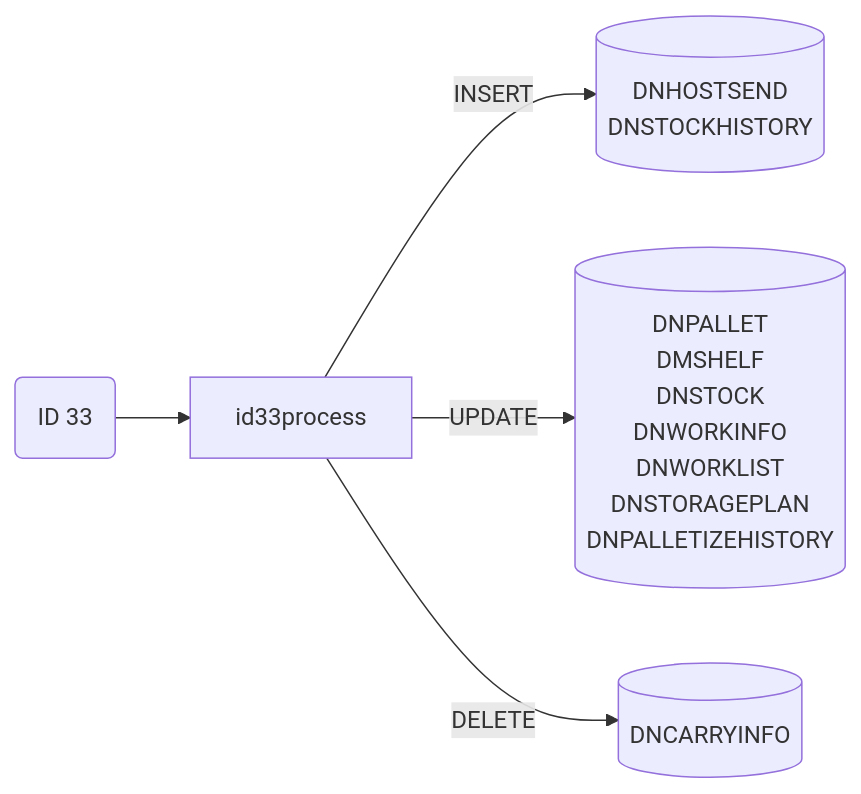
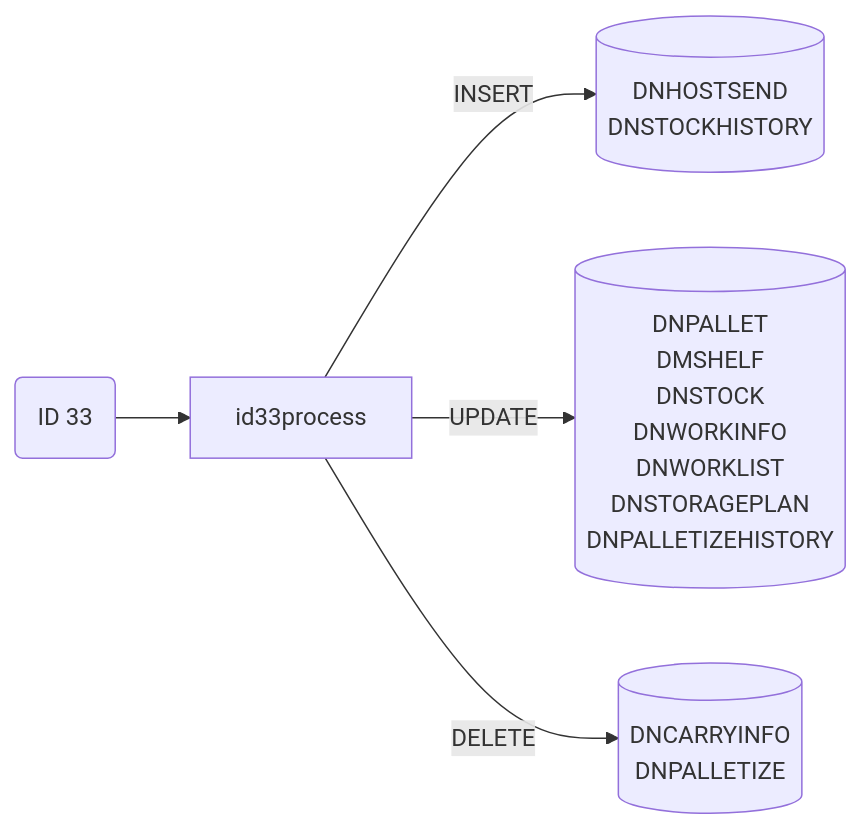
One commit to luthfiadityaa/SimeDarby-Wiki changed the second of 2 diagrams in Basic-Design/DFD-WMS/Storage/Palletizing-Settting/Batch-End.md. Above: the diagram before and after it, drawn with Mermaid.

Commit message:
Updated Batch End

```diff
--- a/Basic-Design/DFD-WMS/Storage/Palletizing-Settting/Batch-End.md
+++ b/Basic-Design/DFD-WMS/Storage/Palletizing-Settting/Batch-End.md
@@ -171,29 +171,30 @@
 ::: mermaid
 flowchart LR
 
 id33("
 ID 33
 ")
 
 id33-insert[("
 DNHOSTSEND
 DNSTOCKHISTORY
 ")]
 id33-update[("
 DNPALLET
 DMSHELF
 DNSTOCK
 DNWORKINFO
 DNWORKLIST
 DNSTORAGEPLAN
 DNPALLETIZEHISTORY
 ")]
 id33-delete[("
 DNCARRYINFO
+DNPALLETIZE
 ")]
 
 id33-->id33process
 id33process--> |INSERT| id33-insert
 id33process--> |UPDATE| id33-update
 id33process--> |DELETE| id33-delete
 :::
```
